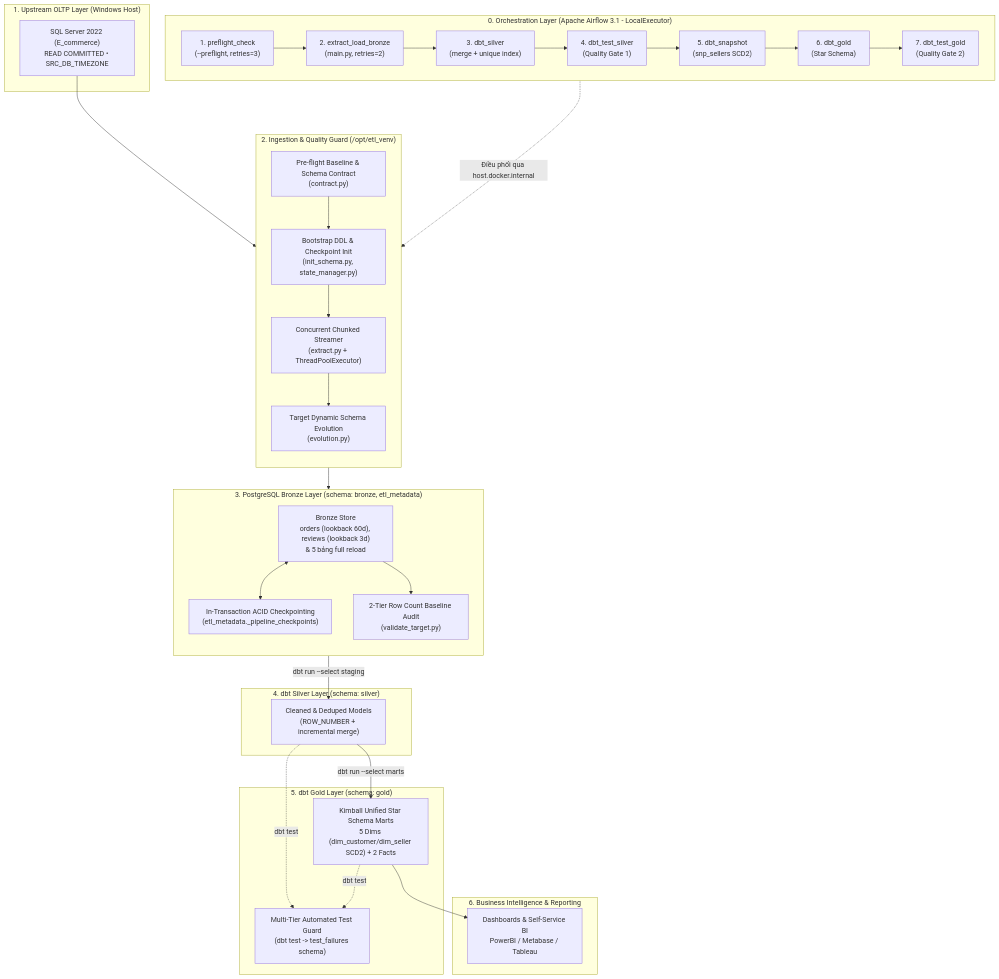
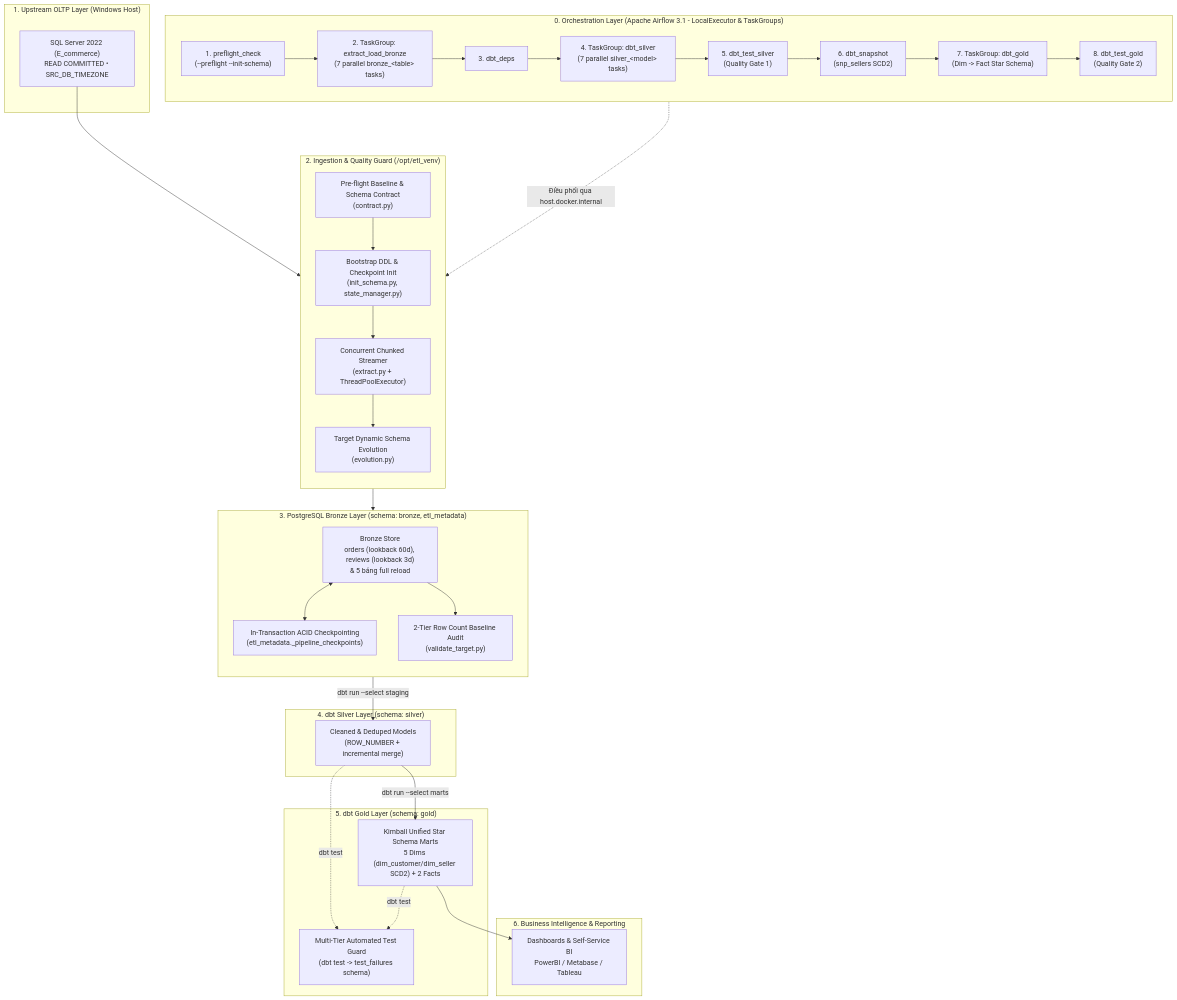
The diagram in README.md (phamminhtoan-de/pipeline_ecommerce_olist), drawn with Mermaid before and after one commit. The commit also changed other lines of this file, not shown here.

Commit message:
docs: update README architecture diagram, CLI examples and test suite overview

````diff
--- a/README.md
+++ b/README.md
@@ -33,58 +33,59 @@
 ```mermaid
 flowchart TD
-    subgraph S0["0. Orchestration Layer (Apache Airflow 3.1 - LocalExecutor)"]
+    subgraph S0["0. Orchestration Layer (Apache Airflow 3.1 - LocalExecutor & TaskGroups)"]
         direction LR
-        AF_PF["1. preflight_check<br/>(--preflight, retries=3)"] --> AF_EL["2. extract_load_bronze<br/>(main.py, retries=2)"]
-        AF_EL --> AF_SLV["3. dbt_silver<br/>(merge + unique index)"]
-        AF_SLV --> AF_TS["4. dbt_test_silver<br/>(Quality Gate 1)"]
-        AF_TS --> AF_SNP["5. dbt_snapshot<br/>(snp_sellers SCD2)"]
-        AF_SNP --> AF_GLD["6. dbt_gold<br/>(Star Schema)"]
-        AF_GLD --> AF_TG["7. dbt_test_gold<br/>(Quality Gate 2)"]
+        AF_PF["1. preflight_check<br/>(--preflight --init-schema)"] --> AF_EL["2. TaskGroup: extract_load_bronze<br/>(7 parallel bronze_&lt;table&gt; tasks)"]
+        AF_EL --> AF_DP["3. dbt_deps"]
+        AF_DP --> AF_SLV["4. TaskGroup: dbt_silver<br/>(7 parallel silver_&lt;model&gt; tasks)"]
+        AF_SLV --> AF_TS["5. dbt_test_silver<br/>(Quality Gate 1)"]
+        AF_TS --> AF_SNP["6. dbt_snapshot<br/>(snp_sellers SCD2)"]
+        AF_SNP --> AF_GLD["7. TaskGroup: dbt_gold<br/>(Dim -> Fact Star Schema)"]
+        AF_GLD --> AF_TG["8. dbt_test_gold<br/>(Quality Gate 2)"]
     end
 
     subgraph S1["1. Upstream OLTP Layer (Windows Host)"]
         SS["SQL Server 2022 (E_commerce)<br/>READ COMMITTED • SRC_DB_TIMEZONE"]
     end
 
     subgraph S2["2. Ingestion & Quality Guard (/opt/etl_venv)"]
         direction TB
         BC["Pre-flight Baseline & Schema Contract<br/>(contract.py)"]
         INIT["Bootstrap DDL & Checkpoint Init<br/>(init_schema.py, state_manager.py)"]
         EX["Concurrent Chunked Streamer<br/>(extract.py + ThreadPoolExecutor)"]
         EVO["Target Dynamic Schema Evolution<br/>(evolution.py)"]
         SS --> BC
         BC --> INIT
         INIT --> EX
         EX --> EVO
     end
 
     subgraph S3["3. PostgreSQL Bronze Layer (schema: bronze, etl_metadata)"]
         direction TB
         BRZ["Bronze Store<br/>orders (lookback 60d), reviews (lookback 3d)<br/>&amp; 5 bảng full reload"]
         CKP["In-Transaction ACID Checkpointing<br/>(etl_metadata._pipeline_checkpoints)"]
         AUD["2-Tier Row Count Baseline Audit<br/>(validate_target.py)"]
         EVO --> BRZ
         BRZ <--> CKP
         BRZ --> AUD
     end
 
     subgraph S4["4. dbt Silver Layer (schema: silver)"]
         STG["Cleaned &amp; Deduped Models<br/>(ROW_NUMBER + incremental merge)"]
         AUD -->|"dbt run --select staging"| STG
     end
 
     subgraph S5["5. dbt Gold Layer (schema: gold)"]
         GOLD["Kimball Unified Star Schema Marts<br/>5 Dims (dim_customer/dim_seller SCD2) + 2 Facts"]
         TST["Multi-Tier Automated Test Guard<br/>(dbt test -> test_failures schema)"]
         STG -->|"dbt run --select marts"| GOLD
         STG -.->|"dbt test"| TST
         GOLD -.->|"dbt test"| TST
     end
 
     subgraph S6["6. Business Intelligence &amp; Reporting"]
         BI["Dashboards &amp; Self-Service BI<br/>PowerBI / Metabase / Tableau"]
         GOLD --> BI
     end
 
     S0 -.->|"Điều phối qua host.docker.internal"| S2
 ```
````
